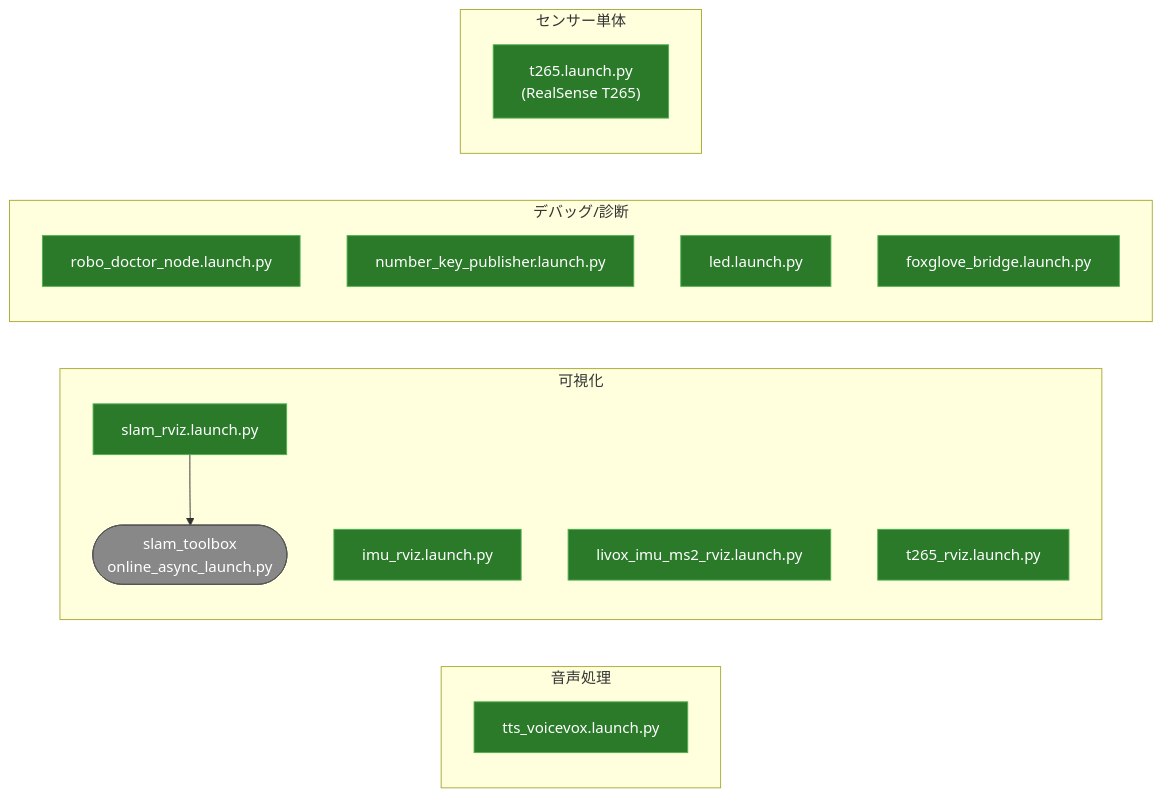
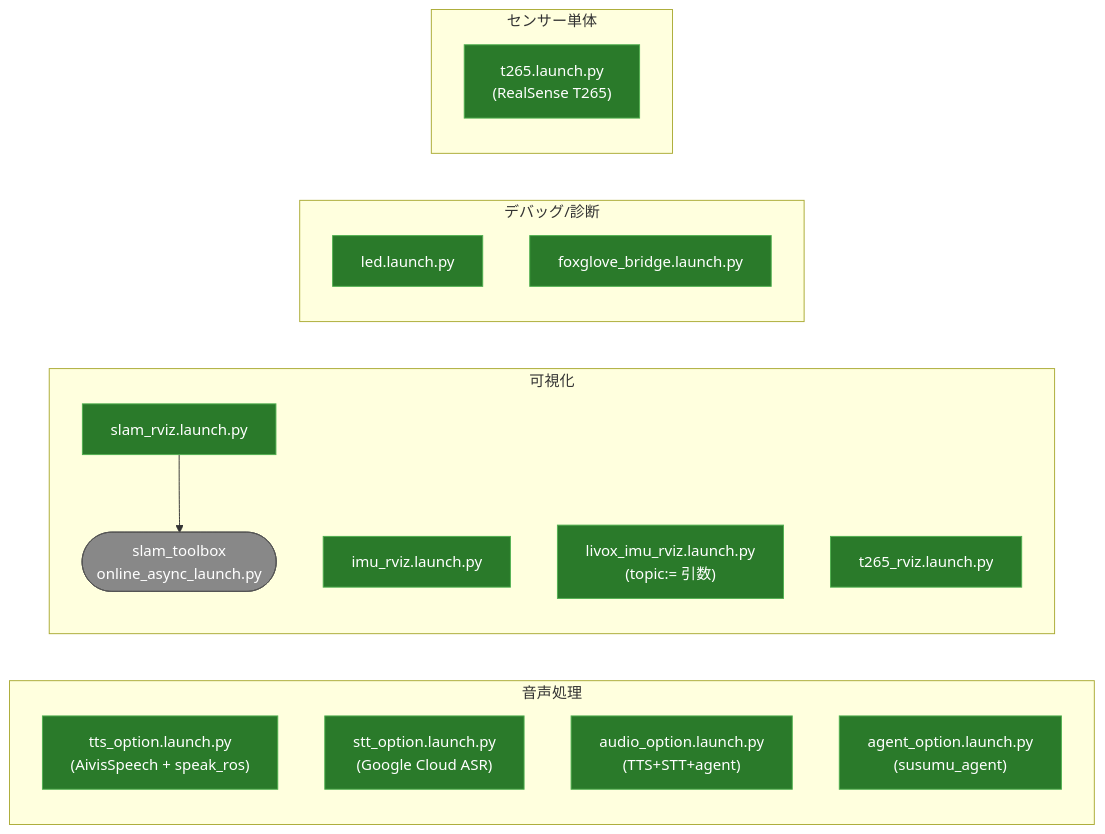
Before and after one commit to sato-susumu/susumu_robo: the second of 7 diagrams in launch/README_launch.md, drawn with Mermaid. The commit also changed other lines of this file and 10 other files, not shown here.

````diff
--- a/launch/README_launch.md
+++ b/launch/README_launch.md
@@ -148,30 +152,31 @@
 ```mermaid
 graph LR
     subgraph "音声処理"
-        tts["tts_voicevox.launch.py"]
+        tts["tts_option.launch.py\n(AivisSpeech + speak_ros)"]
+        stt["stt_option.launch.py\n(Google Cloud ASR)"]
+        audio["audio_option.launch.py\n(TTS+STT+agent)"]
+        agent["agent_option.launch.py\n(susumu_agent)"]
     end
 
     subgraph "可視化"
         slam_rviz["slam_rviz.launch.py"] --> slam_ext(["slam_toolbox\nonline_async_launch.py"])
         imu_rviz["imu_rviz.launch.py"]
-        livox_rviz["livox_imu_ms2_rviz.launch.py"]
+        livox_rviz["livox_imu_rviz.launch.py\n(topic:= 引数)"]
         t265_rviz["t265_rviz.launch.py"]
     end
 
     subgraph "デバッグ/診断"
-        robo_doctor["robo_doctor_node.launch.py"]
-        num_key["number_key_publisher.launch.py"]
         led["led.launch.py"]
         foxglove["foxglove_bridge.launch.py"]
     end
 
     subgraph "センサー単体"
         t265["t265.launch.py\n(RealSense T265)"]
     end
 
     classDef internal fill:#2a7a2a,stroke:#50b050,color:#fff
     classDef external fill:#888,stroke:#555,color:#fff
 
-    class asr_wake,asr_vad,tts,slam_rviz,imu_rviz,livox_rviz,t265_rviz,robo_doctor,num_key,led,foxglove,t265 internal
-    class openwakeword,silerovad,slam_ext external
+    class tts,stt,audio,agent,slam_rviz,imu_rviz,livox_rviz,t265_rviz,led,foxglove,t265 internal
+    class slam_ext external
 ```
````
